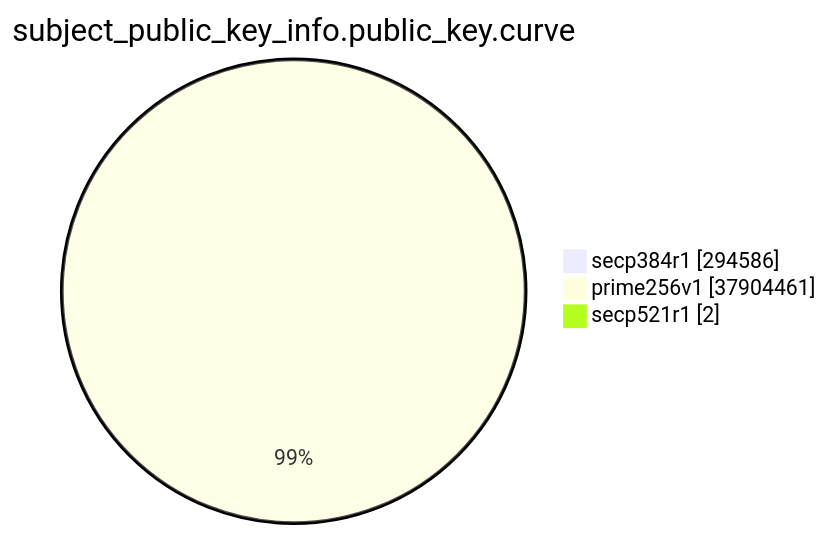
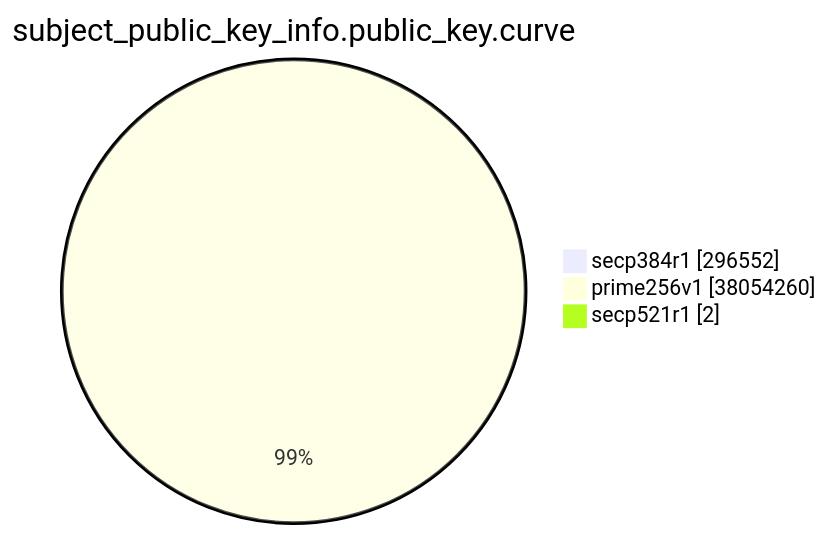
Before and after one commit to christiankrug/ctmonitor_visualization: the eighth of 15 diagrams in xenon2023/README.md, drawn with Mermaid. The commit also changed other lines of this file, not shown here.

````diff
--- a/xenon2023/README.md
+++ b/xenon2023/README.md
@@ -2161,7 +2164,7 @@
 ```mermaid
 pie showData
 title subject_public_key_info.public_key.curve
-"secp384r1" :294586
-"prime256v1" :37904461
+"secp384r1" :296552
+"prime256v1" :38054260
 "secp521r1" :2
 ```
````
